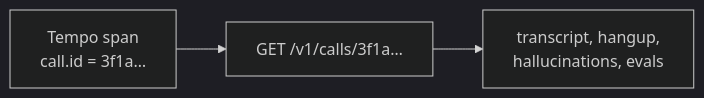
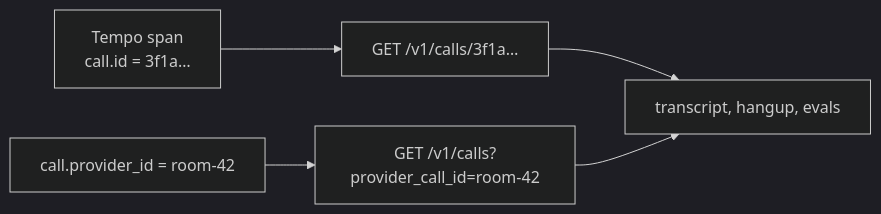
The third of 4 diagrams in docs/data-flow.md (obsalt/obsalt-legacy), drawn with Mermaid (dark theme) before and after one commit. The commit also changed other lines of this file and 50 other files, not shown here.

````diff
--- a/docs/data-flow.md
+++ b/docs/data-flow.md
@@ -108,5 +91,7 @@
 ```mermaid
 flowchart LR
   Tempo["Tempo span<br/>call.id = 3f1a…"] --> API["GET /v1/calls/3f1a…"]
-  API --> Evidence["transcript, hangup,<br/>hallucinations, evals"]
+  Tempo2["call.provider_id = room-42"] --> API2["GET /v1/calls?provider_call_id=room-42"]
+  API --> Evidence["transcript, hangup, evals"]
+  API2 --> Evidence
 ```
````
